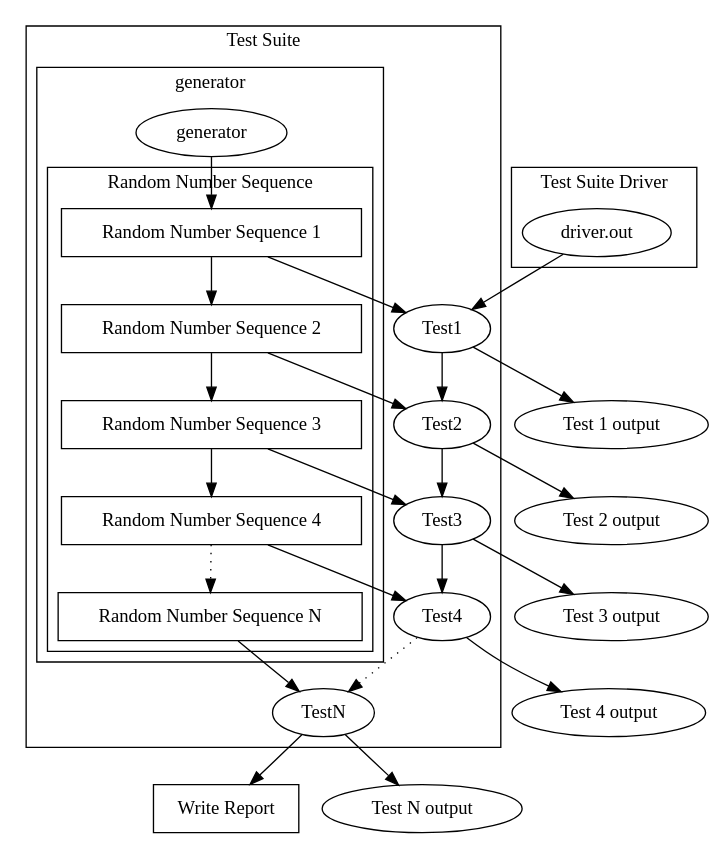
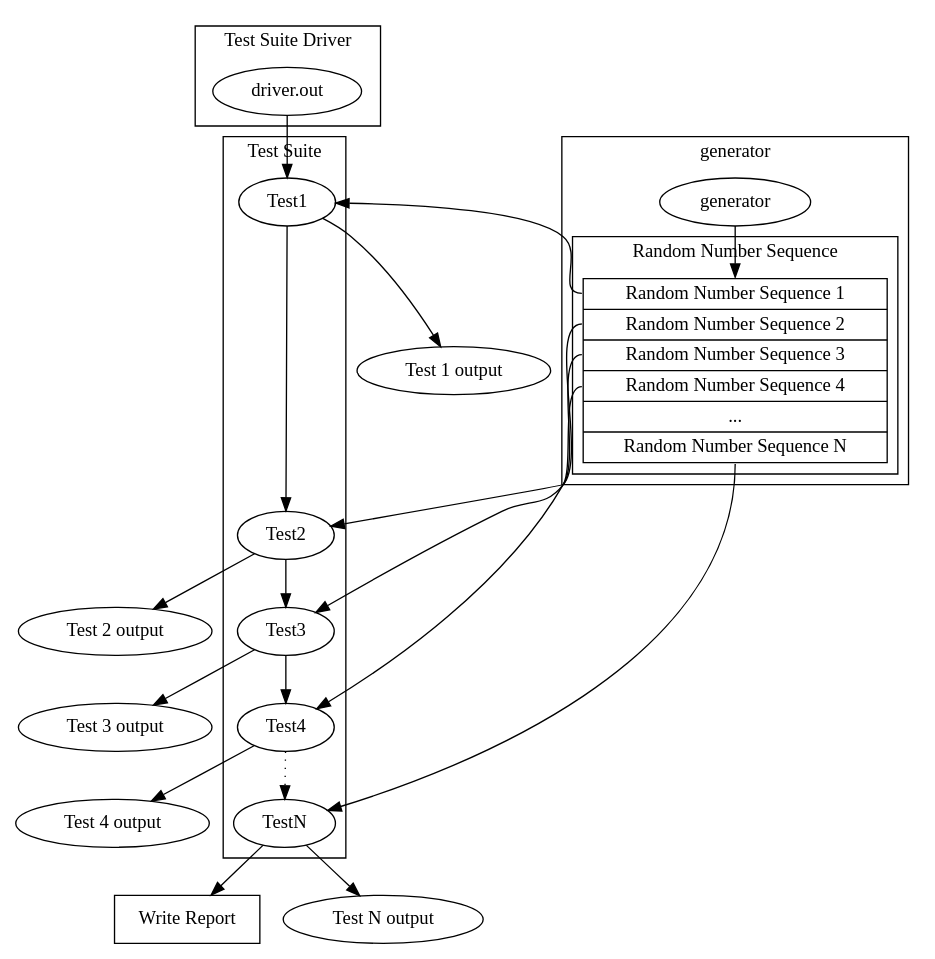
One commit to rski/project-poster changed the diagram in testu01_serial_valid.dot. Above: the diagram before and after it, drawn with Graphviz.

Commit message:
improve alignment a bit

```diff
--- a/testu01_serial_valid.dot
+++ b/testu01_serial_valid.dot
@@ -1,47 +1,45 @@
 digraph Testu1_serial {
   Report [ shape = box, label = "Write Report"];
   subgraph cluster_test_suite_driver{
+    rank = source;
     label = "Test Suite Driver";
-    rank = same;
     "driver.out";
-    }
+  }
   subgraph cluster_test_suite {
     label = "Test Suite";
-    rank = same;
     Test1;
     Test1 -> Test2
     Test2 -> Test3
     Test3 -> Test4
     Test4 -> TestN [ style = dotted ];
+    }
     subgraph cluster_generator {
       label = "generator"
-      rank = same;
       generator [constraint = false] ;
       subgraph cluster_randomNumberSequence{
         label = "Random Number Sequence"
-        randomNumberSeq1 [ shape = box, label = "Random Number Sequence 1" ];
-        randomNumberSeq2 [ shape = box, label = "Random Number Sequence 2" ];
-        randomNumberSeq3 [ shape = box, label = "Random Number Sequence 3" ];
-        randomNumberSeq4 [ shape = box, label = "Random Number Sequence 4" ];
-        randomNumberSeqN [ shape = box, label = "Random Number Sequence N" ];
-        randomNumberSeq1 -> randomNumberSeq2;
-        randomNumberSeq2 -> randomNumberSeq3;
-        randomNumberSeq3 -> randomNumberSeq4;
-        randomNumberSeq4 -> randomNumberSeqN [ style = dotted ];
+        node [shape = record]
+        struct1 [ label = " { <randomNumberSeq1> Random Number Sequence 1 |
+        <randomNumberSeq2> Random Number Sequence 2 |
+        <randomNumberSeq3> Random Number Sequence 3 |
+        <randomNumberSeq4> Random Number Sequence 4 |
+        ... |
+        <randomNumberSeqN> Random Number Sequence N } " ]
       }
-    }
   }
+  newrank=true;
+  { rank = same; generator; Test1;};
   "driver.out" -> Test1;
-  randomNumberSeq1 -> Test1;
-  randomNumberSeq2 -> Test2;
-  randomNumberSeq3 -> Test3;
-  randomNumberSeq4 -> Test4;
-  randomNumberSeqN -> TestN;
-  generator -> randomNumberSeq1;
+  struct1:randomNumberSeq1 -> Test1;
+  struct1:randomNumberSeq2 -> Test2;
+  struct1:randomNumberSeq3 -> Test3;
+  struct1:randomNumberSeq4 -> Test4;
+  struct1:randomNumberSeqN -> TestN;
+  generator -> struct1:randomNumberSeq1;
   Test1 -> "Test 1 output"
   Test2 -> "Test 2 output"
   Test3 -> "Test 3 output"
   Test4 -> "Test 4 output"
   TestN -> "Test N output"
   TestN -> Report;
 }
```
